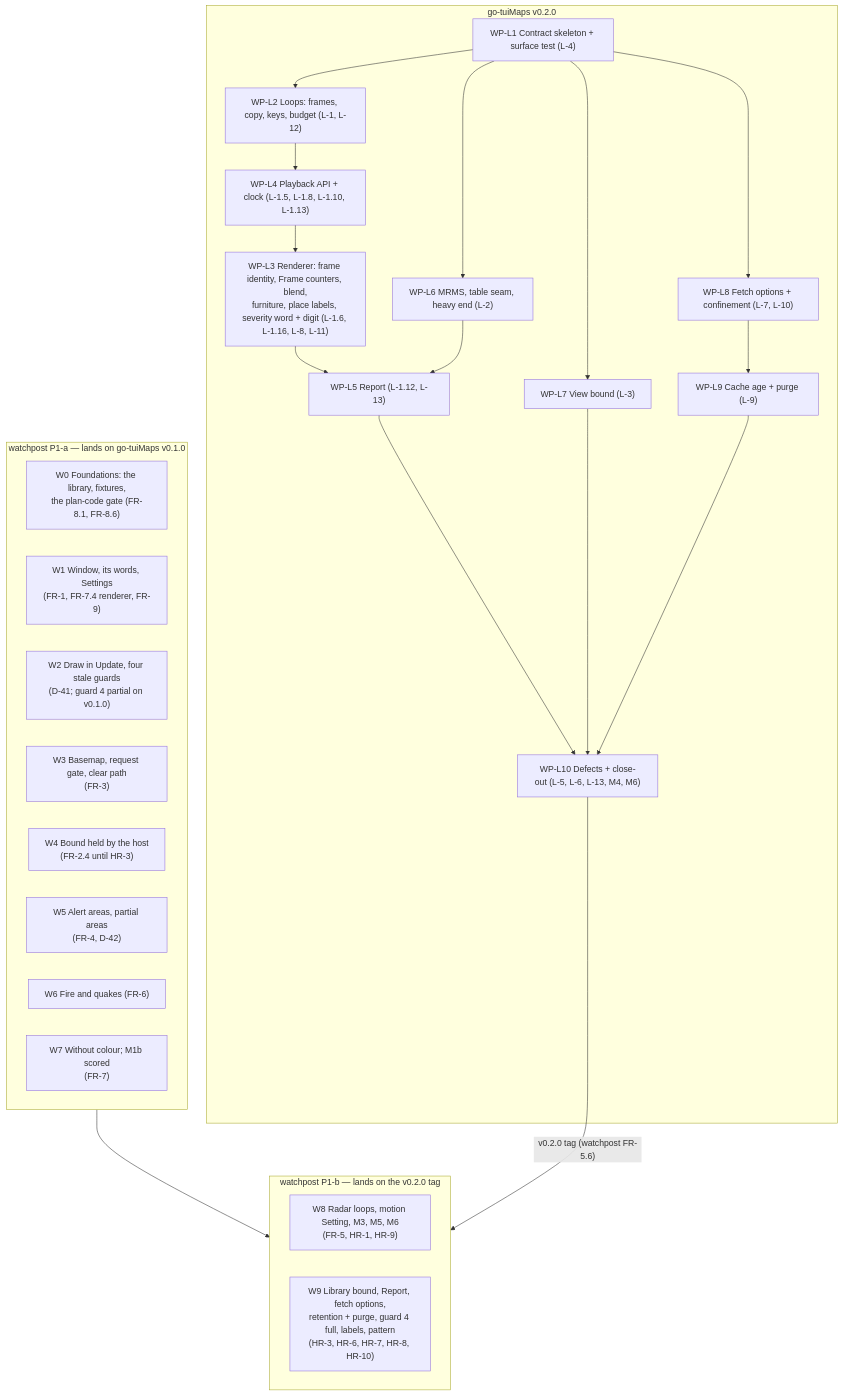
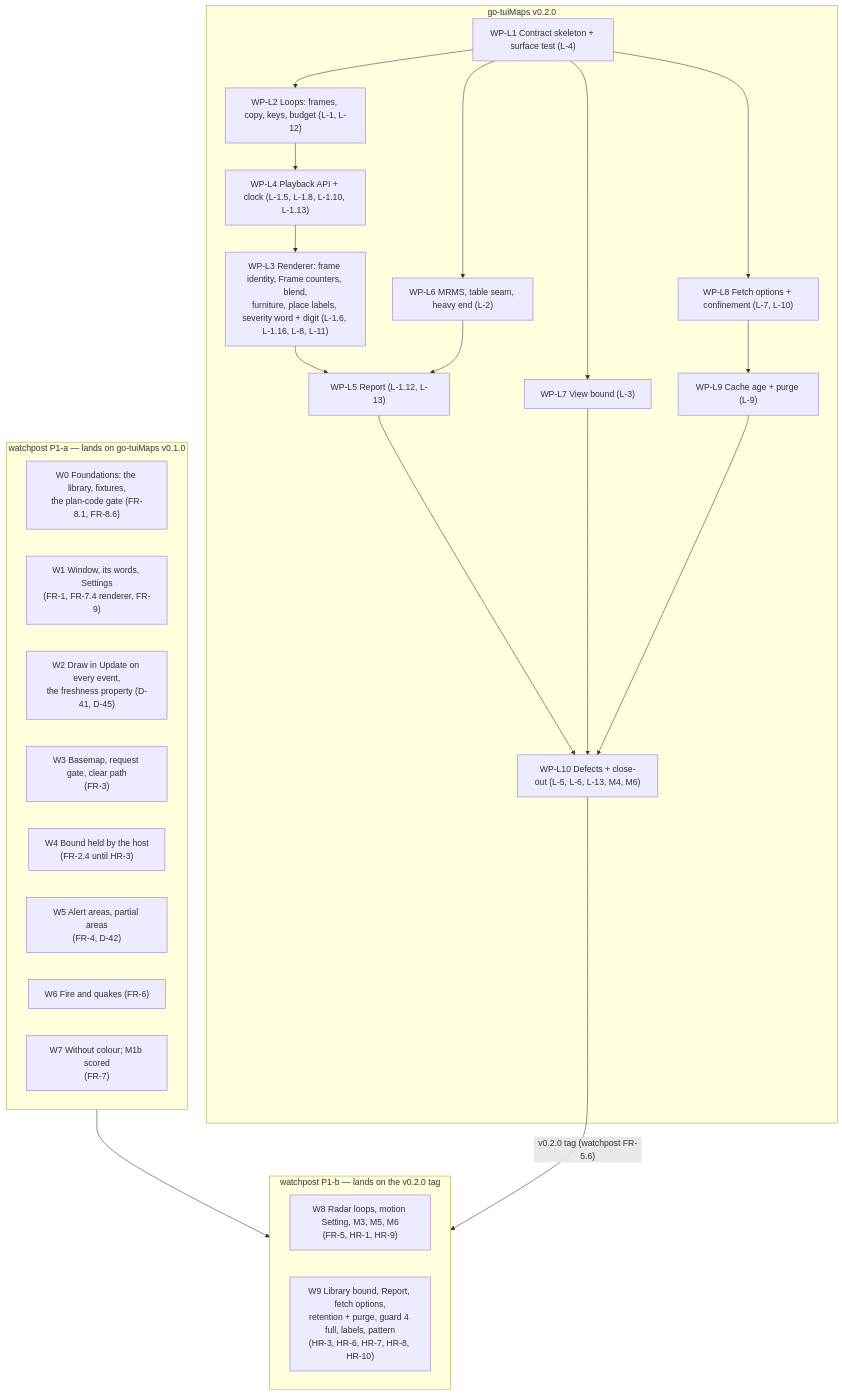
Before and after one commit to branden-thompson/go-tuimaps: the diagram in 06_docs/02_features/radar-loops/03-architecture-design/integration-map.md, drawn with Mermaid. The commit also changed other lines of this file and 4 other files, not shown here.

````diff
--- a/06_docs/02_features/radar-loops/03-architecture-design/integration-map.md
+++ b/06_docs/02_features/radar-loops/03-architecture-design/integration-map.md
@@ -19,38 +19,38 @@
 ```mermaid
 flowchart TB
   subgraph WP1["watchpost P1-a — lands on go-tuiMaps v0.1.0"]
     W0["W0 Foundations: the library, fixtures,<br/>the plan-code gate (FR-8.1, FR-8.6)"]
     W1["W1 Window, its words, Settings<br/>(FR-1, FR-7.4 renderer, FR-9)"]
-    W2["W2 Draw in Update, four stale guards<br/>(D-41; guard 4 partial on v0.1.0)"]
+    W2["W2 Draw in Update on every event,<br/>the freshness property (D-41, D-45)"]
     W3["W3 Basemap, request gate, clear path<br/>(FR-3)"]
     W4["W4 Bound held by the host<br/>(FR-2.4 until HR-3)"]
     W5["W5 Alert areas, partial areas<br/>(FR-4, D-42)"]
     W6["W6 Fire and quakes (FR-6)"]
     W7["W7 Without colour; M1b scored<br/>(FR-7)"]
   end
   subgraph LIB["go-tuiMaps v0.2.0"]
     L0["WP-L1 Contract skeleton + surface test (L-4)"]
     L1["WP-L2 Loops: frames, copy, keys, budget (L-1, L-12)"]
     L3["WP-L4 Playback API + clock (L-1.5, L-1.8, L-1.10, L-1.13)"]
     L2["WP-L3 Renderer: frame identity, Frame counters, blend,<br/>furniture, place labels, severity word + digit (L-1.6, L-1.16, L-8, L-11)"]
     L4["WP-L5 Report (L-1.12, L-13)"]
     L5["WP-L6 MRMS, table seam, heavy end (L-2)"]
     L6["WP-L7 View bound (L-3)"]
     L7["WP-L8 Fetch options + confinement (L-7, L-10)"]
     L8["WP-L9 Cache age + purge (L-9)"]
     L9["WP-L10 Defects + close-out (L-5, L-6, L-13, M4, M6)"]
     L0 --> L1 --> L3 --> L2 --> L4
     L0 --> L5 --> L4
     L0 --> L6
     L0 --> L7 --> L8
     L4 --> L9
     L6 --> L9
     L8 --> L9
   end
   subgraph WP2["watchpost P1-b — lands on the v0.2.0 tag"]
     W8["W8 Radar loops, motion Setting, M3, M5, M6<br/>(FR-5, HR-1, HR-9)"]
     W9["W9 Library bound, Report, fetch options,<br/>retention + purge, guard 4 full, labels, pattern<br/>(HR-3, HR-6, HR-7, HR-8, HR-10)"]
   end
   WP1 --> WP2
   L9 -->|"v0.2.0 tag (watchpost FR-5.6)"| WP2
 ```
````
